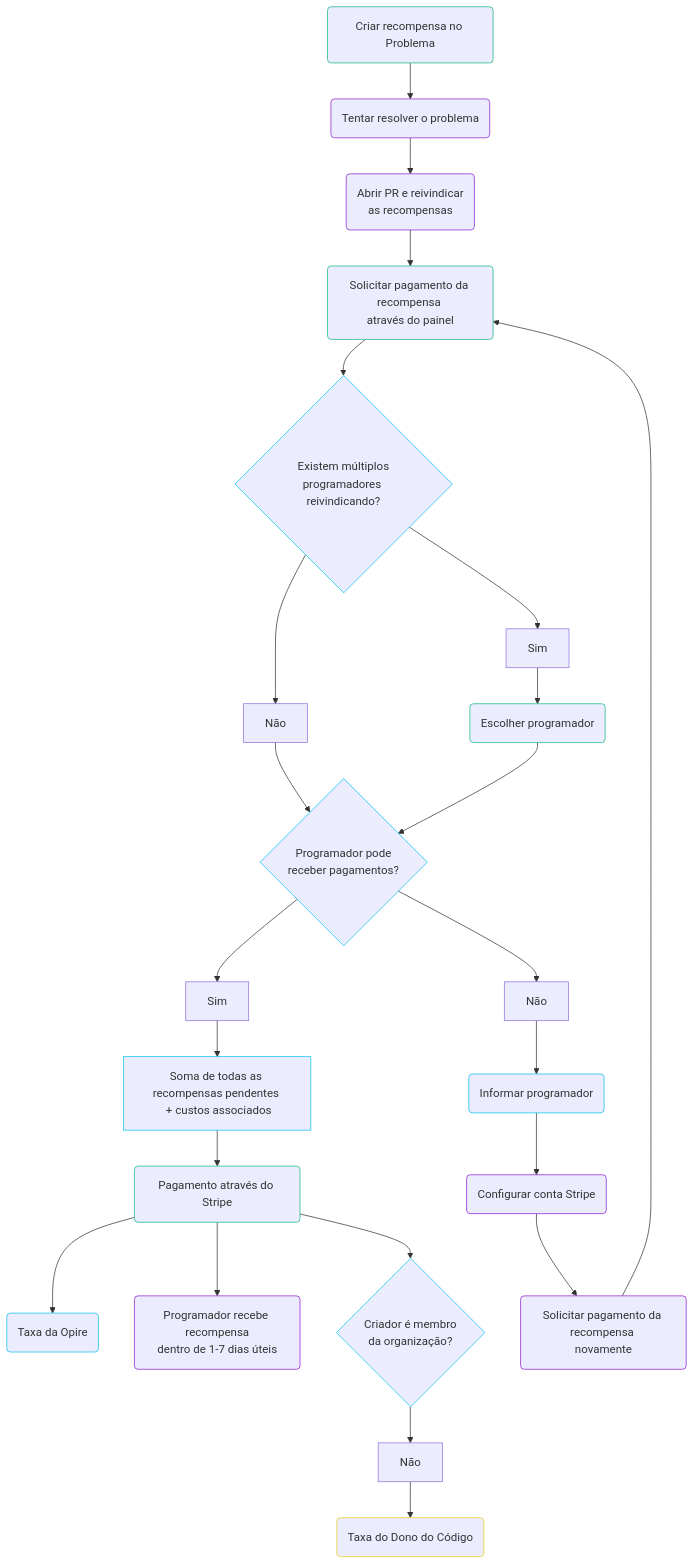
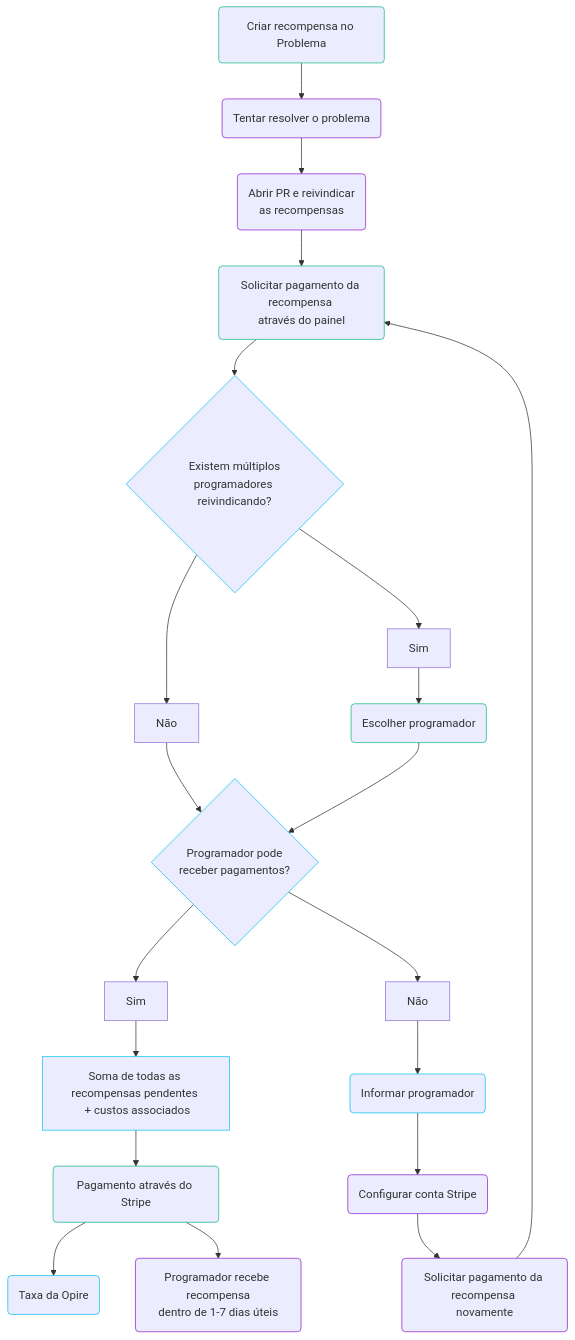
One commit to Opire/docs changed the second of 2 diagrams in pages/rewards/lifecycle.pt.mdx. Above: the diagram before and after it, drawn with Mermaid. The commit also changed other lines of this file and 34 other files, not shown here.

````diff
--- a/pages/rewards/lifecycle.pt.mdx
+++ b/pages/rewards/lifecycle.pt.mdx
@@ -49,22 +41,21 @@
 ```mermaid
 flowchart TD
     classDef opire stroke:#06C2EC
     classDef creator stroke:#12b886
     classDef programmer stroke:#8D1DCD
     classDef codeowner stroke:#E7CE1B
     create_reward(Criar recompensa no Problema):::creator --> try_to_solve(Tentar resolver o problema):::programmer
     try_to_solve --> claim_rewards(Abrir PR e reivindicar <br/>as recompensas):::programmer
     claim_rewards --> pay_request(Solicitar pagamento da recompensa <br/>através do painel):::creator
     pay_request --> multiple_programmers{Existem múltiplos<br/>programadores reivindicando?}:::opire
     multiple_programmers --> multiple_programmers_no[Não] --> can_programmer_be_paid{Programador pode<br/>receber pagamentos?}:::opire
     multiple_programmers --> multiple_programmers_yes[Sim] --> choose_programmer(Escolher programador):::creator --> can_programmer_be_paid
     can_programmer_be_paid --> can_programmer_be_paid_yes[Sim] --> sum_rewards_amount[Soma de todas as recompensas pendentes <br/> + custos associados]:::opire
     sum_rewards_amount --> pay_from_stripe(Pagamento através do Stripe):::creator
     pay_from_stripe --> opire_fee(Taxa da Opire):::opire
     pay_from_stripe --> programmer_payment(Programador recebe recompensa<br/>dentro de 1-7 dias úteis):::programmer
-    pay_from_stripe --> creator_is_member{Criador é membro<br/>da organização?}:::opire -->  creator_is_not_member[Não] --> codeowner_fee(Taxa do Dono do Código):::codeowner
     can_programmer_be_paid --> can_programmer_be_paid_no[Não] --> D(Informar programador):::opire
     D --> H(Configurar conta Stripe):::programmer
     H --> I(Solicitar pagamento da recompensa <br/>novamente):::programmer
     I --> pay_request
 ```
````
